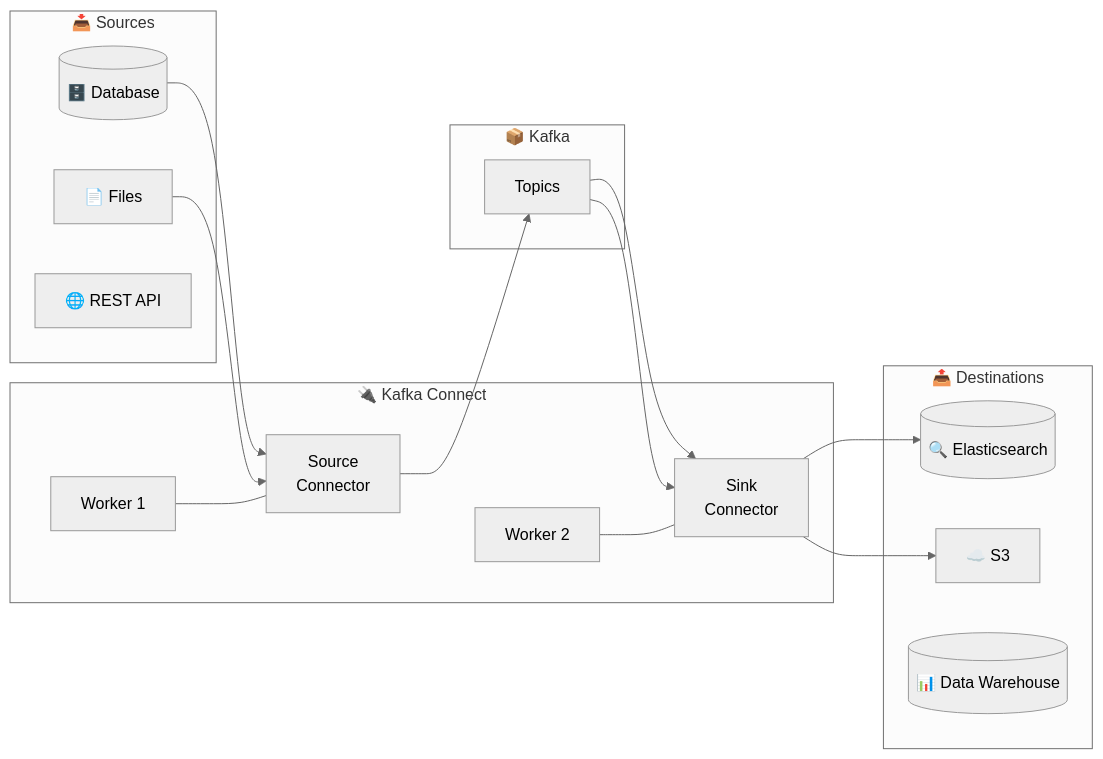
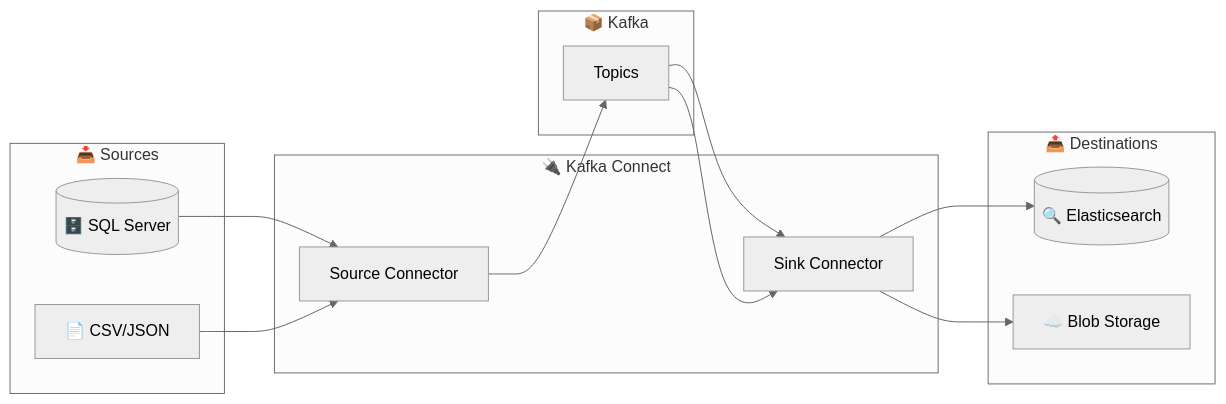
The second of 5 diagrams in day-03-integration/README.md (msellamiTN/formation--kafka-dotnet), drawn with Mermaid (neutral theme) before and after one commit. The commit also changed other lines of this file and 53 other files, not shown here.

````diff
--- a/day-03-integration/README.md
+++ b/day-03-integration/README.md
@@ -28,33 +153,26 @@
 ```mermaid
 flowchart LR
     subgraph Sources["📥 Sources"]
-        DB[("🗄️ Database")]
-        FILE["📄 Files"]
-        API["🌐 REST API"]
+        DB[("🗄️ SQL Server")]
+        FILE["📄 CSV/JSON"]
     end
-    
+
     subgraph Connect["🔌 Kafka Connect"]
-        SC["Source<br/>Connector"]
-        SK["Sink<br/>Connector"]
-        W1["Worker 1"]
-        W2["Worker 2"]
+        SC["Source Connector"]
+        SK["Sink Connector"]
     end
-    
+
     subgraph Kafka["📦 Kafka"]
         T["Topics"]
     end
-    
+
     subgraph Sinks["📤 Destinations"]
         ES[("🔍 Elasticsearch")]
-        S3["☁️ S3"]
-        DW[("📊 Data Warehouse")]
+        S3["☁️ Blob Storage"]
     end
-    
+
     DB --> SC --> T
     FILE --> SC
     T --> SK --> ES
     T --> SK --> S3
-    
-    W1 --- SC
-    W2 --- SK
 ```
````
